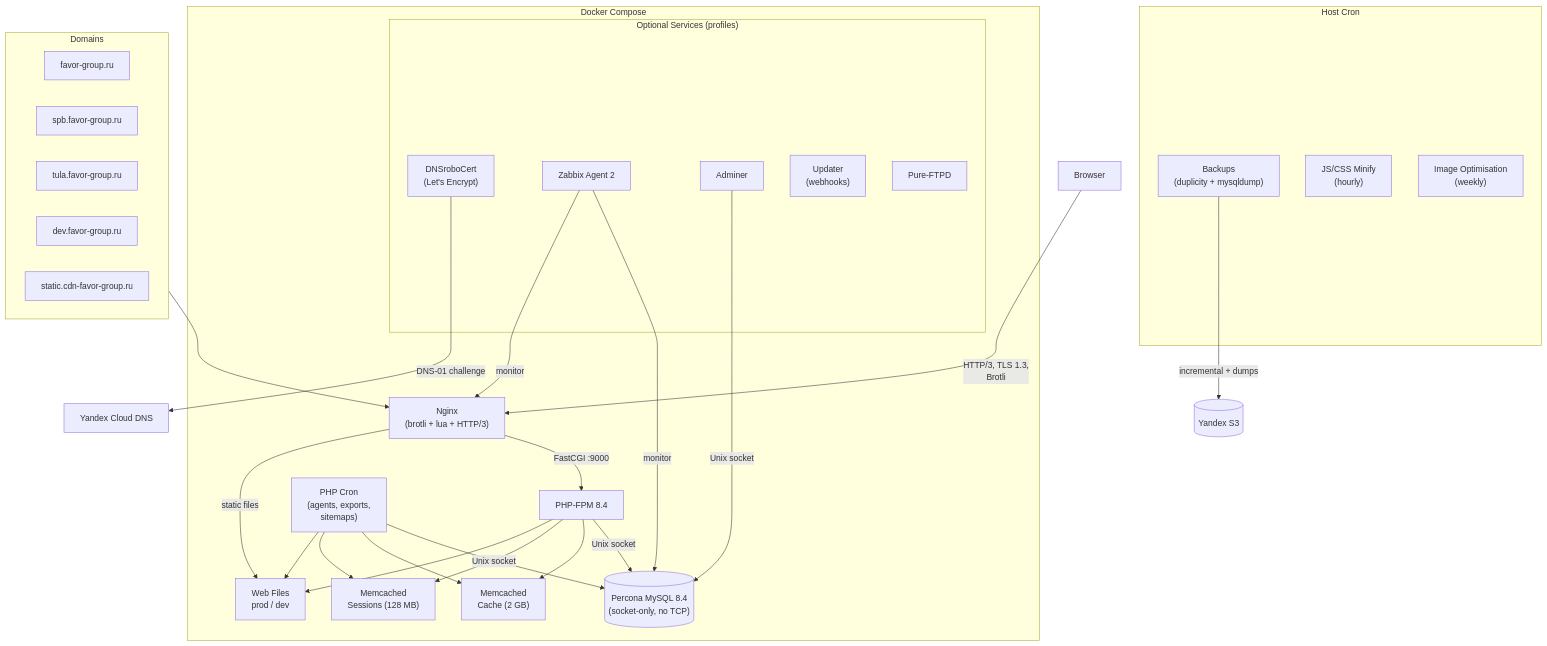
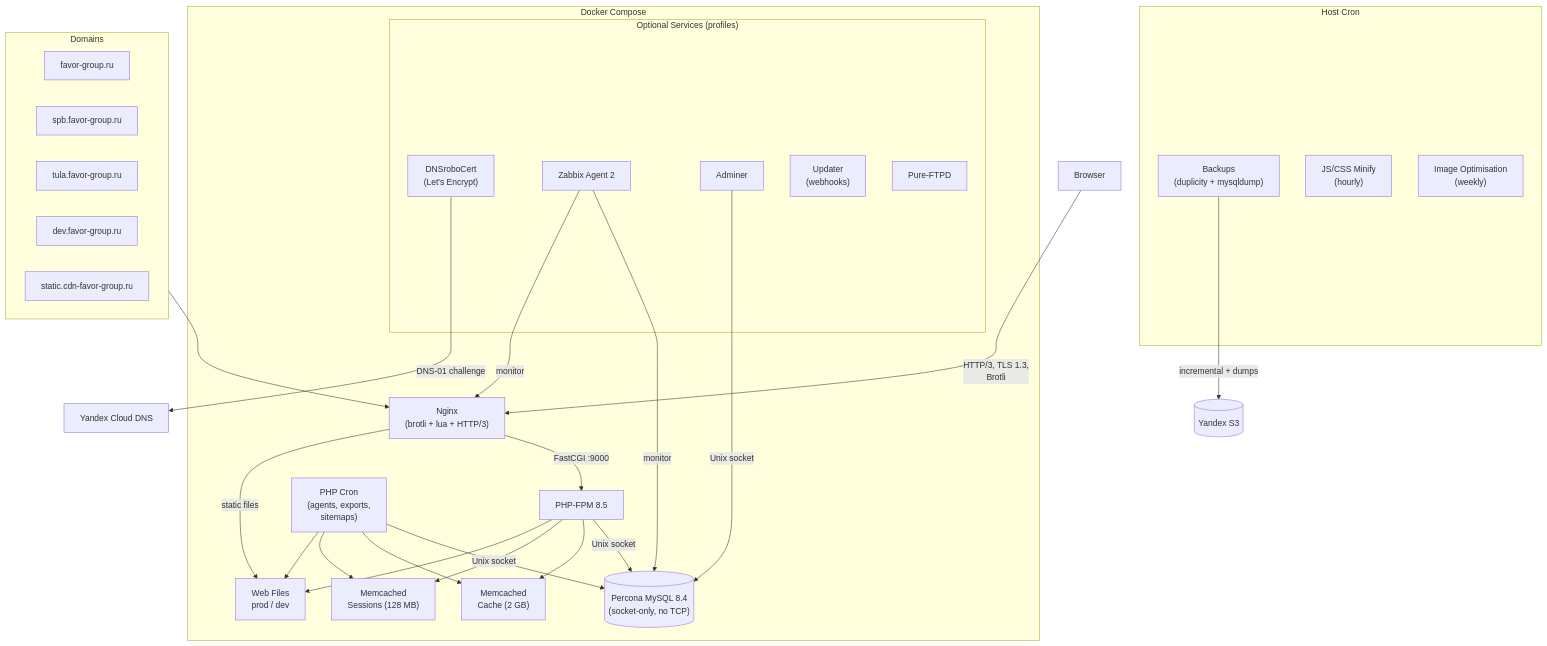
Before and after one commit to paskal/bitrix.infra: the first of 2 diagrams in Readme.md, drawn with Mermaid. The commit also changed other lines of this file and 1 other file, not shown here.

First line of the commit message:
Run php and php-cron on PHP 8.5

````diff
--- a/Readme.md
+++ b/Readme.md
@@ -9,52 +9,52 @@
 ```mermaid
 flowchart TB
     User["Browser"] -->|"HTTP/3, TLS 1.3,<br>Brotli"| Nginx
 
     subgraph Docker["Docker Compose"]
         Nginx["Nginx<br>(brotli + lua + HTTP/3)"]
 
-        Nginx -->|"FastCGI :9000"| PHP["PHP-FPM 8.4"]
+        Nginx -->|"FastCGI :9000"| PHP["PHP-FPM 8.5"]
         Nginx -->|"static files"| Web["Web Files<br>prod / dev"]
 
         PHP -->|"Unix socket"| MySQL[("Percona MySQL 8.4<br>(socket-only, no TCP)")]
         PHP --> Memcached["Memcached<br>Cache (2 GB)"]
         PHP --> MemSessions["Memcached<br>Sessions (128 MB)"]
         PHP --> Web
 
         PHPCron["PHP Cron<br>(agents, exports,<br>sitemaps)"] -->|"Unix socket"| MySQL
         PHPCron --> Memcached
         PHPCron --> MemSessions
         PHPCron --> Web
 
         subgraph Optional["Optional Services (profiles)"]
             Certbot["DNSroboCert<br>(Let's Encrypt)"]
             Zabbix["Zabbix Agent 2"]
             Adminer["Adminer"]
             Updater["Updater<br>(webhooks)"]
             FTP["Pure-FTPD"]
         end
 
         Zabbix -->|"monitor"| MySQL
         Zabbix -->|"monitor"| Nginx
         Adminer -->|"Unix socket"| MySQL
     end
 
     subgraph HostCron["Host Cron"]
         Backup["Backups<br>(duplicity + mysqldump)"]
         Minify["JS/CSS Minify<br>(hourly)"]
         ImgOpt["Image Optimisation<br>(weekly)"]
     end
 
     Backup -->|"incremental + dumps"| S3[("Yandex S3")]
     Certbot -->|"DNS-01 challenge"| YcDNS["Yandex Cloud DNS"]
 
     subgraph Regions["Domains"]
         MSK["favor-group.ru"]
         SPB["spb.favor-group.ru"]
         Tula["tula.favor-group.ru"]
         Dev["dev.favor-group.ru"]
         CDN["static.cdn-favor-group.ru"]
     end
 
     Regions --> Nginx
 ```
````
